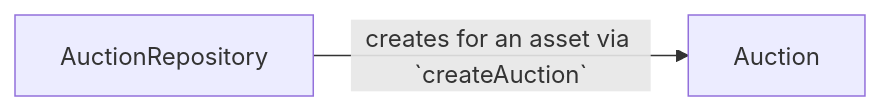
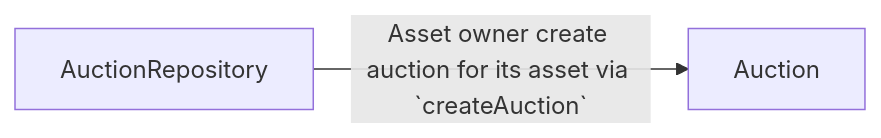
The first of 3 diagrams in README.md (abhi3700/evm_contracts_auction), drawn with Mermaid before and after one commit. The commit also changed other lines of this file and 5 other files, not shown here.

Commit message:
sequenceDiagram added, assetOwnership transferred to Auction SC by AuctionRepo SC

````diff
--- a/README.md
+++ b/README.md
@@ -23,4 +25,4 @@
 ```mermaid
 flowchart LR
-AuctionRepository --creates for an asset via `createAuction`--> Auction
+AuctionRepository --Asset owner create auction for its asset via `createAuction`--> Auction
 ```
````
